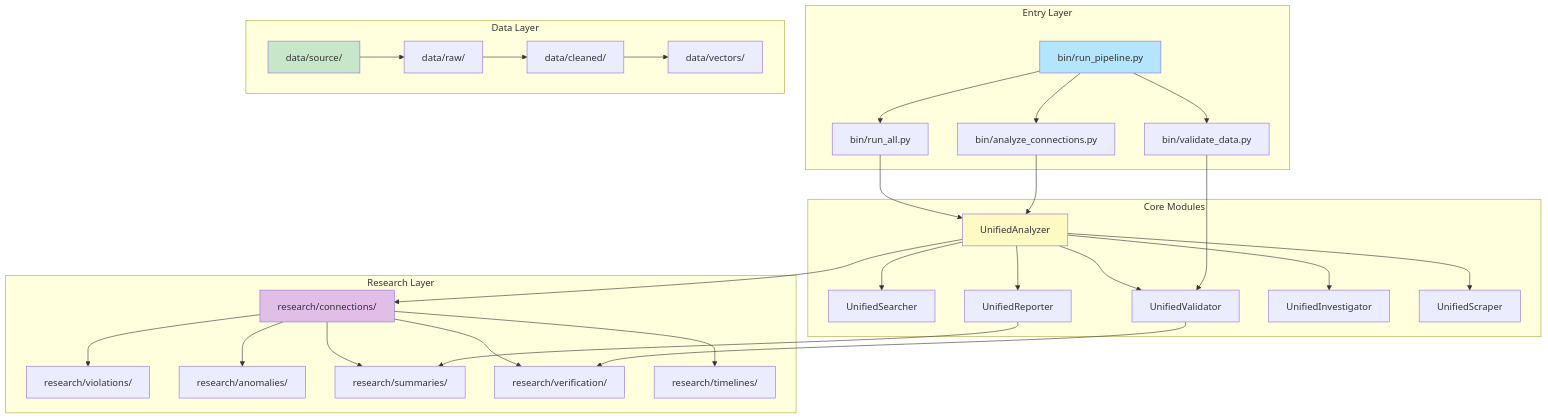
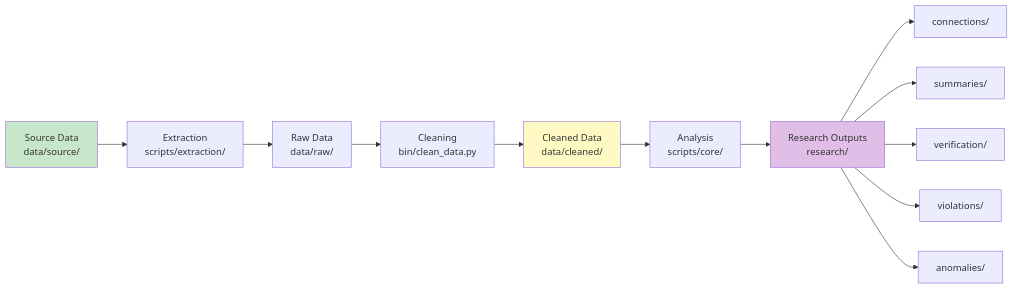
The third of 6 diagrams in docs/SYSTEM_ARCHITECTURE.md (1digitaldesign/kettler-data-analysis), drawn with Mermaid before and after one commit. The commit also changed other lines of this file and 31 other files, not shown here.

First line of the commit message:
Refactor documentation: consolidate files using graph theory

````diff
--- a/docs/SYSTEM_ARCHITECTURE.md
+++ b/docs/SYSTEM_ARCHITECTURE.md
@@ -12,42 +111,19 @@
 ```mermaid
-graph TB
-    subgraph "Entry Layer"
-        A[bin/run_pipeline.py] --> B[bin/run_all.py]
-        A --> C[bin/analyze_connections.py]
-        A --> D[bin/validate_data.py]
-    end
+flowchart LR
+    A[Source Data<br/>data/source/] --> B[Extraction<br/>scripts/extraction/]
+    B --> C[Raw Data<br/>data/raw/]
+    C --> D[Cleaning<br/>bin/clean_data.py]
+    D --> E[Cleaned Data<br/>data/cleaned/]
+    E --> F[Analysis<br/>scripts/core/]
+    F --> G[Research Outputs<br/>research/]
 
-    subgraph "Core Modules"
-        E[UnifiedAnalyzer] --> F[UnifiedSearcher]
-        E --> G[UnifiedValidator]
-        E --> H[UnifiedReporter]
-        E --> I[UnifiedInvestigator]
-        E --> J[UnifiedScraper]
-    end
+    G --> H[connections/]
+    G --> I[summaries/]
+    G --> J[verification/]
+    G --> K[violations/]
+    G --> L[anomalies/]
 
-    subgraph "Data Layer"
-        K[data/source/] --> L[data/raw/]
-        L --> M[data/cleaned/]
-        M --> N[data/vectors/]
-    end
-
-    subgraph "Research Layer"
-        O[research/connections/] --> P[research/violations/]
-        O --> Q[research/anomalies/]
-        O --> R[research/summaries/]
-        O --> S[research/verification/]
-        O --> T[research/timelines/]
-    end
-
-    B --> E
-    C --> E
-    D --> G
-    E --> O
-    G --> S
-    H --> R
-
-    style A fill:#B3E5FC
+    style A fill:#C8E6C9
     style E fill:#FFF9C4
-    style K fill:#C8E6C9
-    style O fill:#E1BEE7
+    style G fill:#E1BEE7
 ```
````
